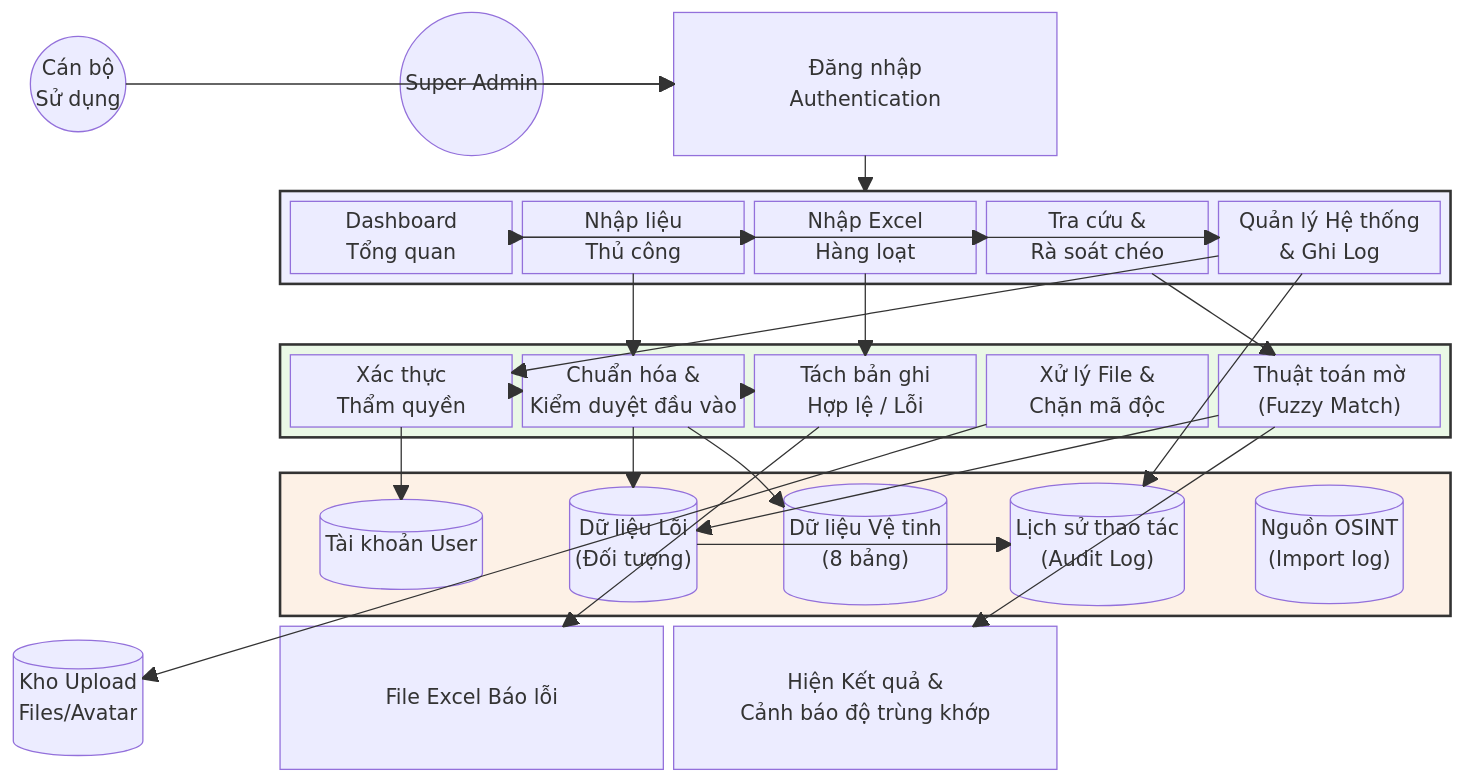
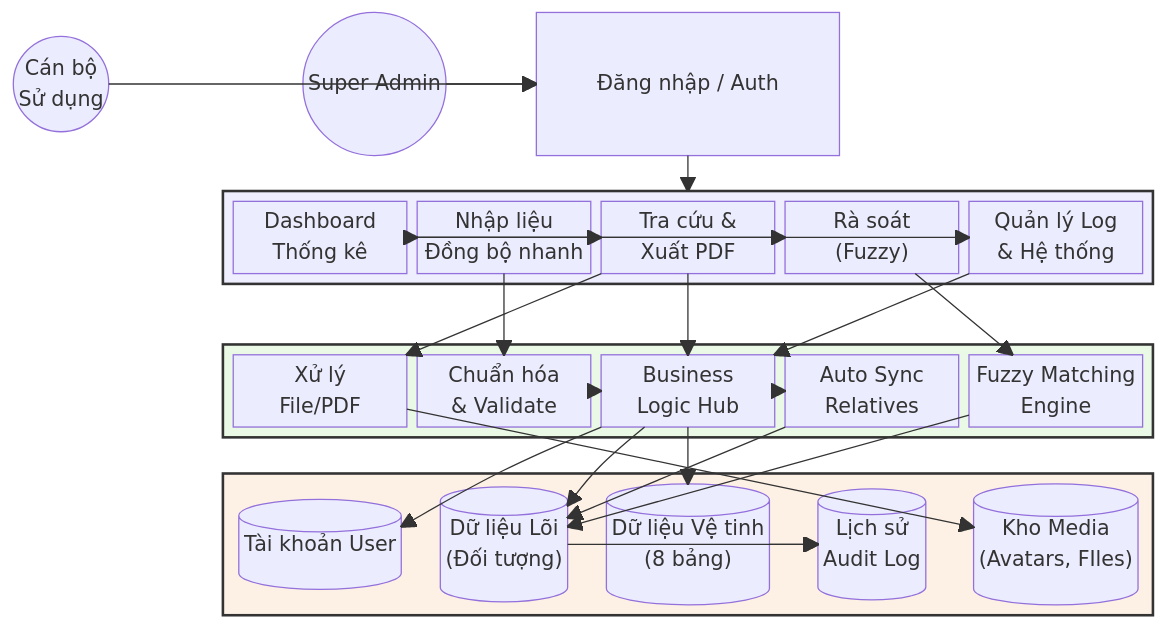
One commit to vi-phuong-158/csxh-pa01-v1 changed the diagram in Mo_ta_chi_tiet_PA01.md. Above: the diagram before and after it, drawn with Mermaid. The commit also changed other lines of this file and 8 other files, not shown here.

````diff
--- a/Mo_ta_chi_tiet_PA01.md
+++ b/Mo_ta_chi_tiet_PA01.md
@@ -82,82 +79,70 @@
 ```mermaid
 block-beta
   columns 3
 
-  %% Hàng 1: Người dùng và Giao diện
   User(("Cán bộ\nSử dụng"))
   Admin(("Super Admin"))
-  Login["Đăng nhập\nAuthentication"]
+  Login["Đăng nhập / Auth"]
   User --> Login
   Admin --> Login
   
-  %% Row 2: Khối chức năng Frontend
   space
   block:Frontend:3
     columns 5
-    Dash["Dashboard\nTổng quan"]
-    InputM["Nhập liệu\nThủ công"]
-    InputE["Nhập Excel\nHàng loạt"]
-    Search["Tra cứu &\nRà soát chéo"]
-    SysAdmin["Quản lý Hệ thống\n& Ghi Log"]
+    Dash["Dashboard\nThống kê"]
+    Input["Nhập liệu\nĐồng bộ nhanh"]
+    Search["Tra cứu &\nXuất PDF"]
+    FuzzyFind["Rà soát\n(Fuzzy)"]
+    SysAdmin["Quản lý Log\n& Hệ thống"]
     
-    Dash --> InputM
-    Dash --> InputE
+    Dash --> Input
     Dash --> Search
+    Dash --> FuzzyFind
     Dash --> SysAdmin
   end
 
-  %% Liên kết từ Login xuống Frontend
   Login --> Frontend
 
-  %% Row 3: Logic Xử lý Backend
   space
   block:Backend:3
     columns 5
-    Auth["Xác thực\nThẩm quyền"]
-    Valid["Chuẩn hóa &\nKiểm duyệt đầu vào"]
-    Parser["Tách bản ghi\nHợp lệ / Lỗi"]
-    FileProcess["Xử lý File &\nChặn mã độc"]
-    Fuzzy["Thuật toán mờ\n(Fuzzy Match)"]
+    FileProc["Xử lý\nFile/PDF"]
+    Valid["Chuẩn hóa\n& Validate"]
+    LogicEngine["Business\nLogic Hub"]
+    SyncCore["Auto Sync\nRelatives"]
+    FuzzyCore["Fuzzy Matching\nEngine"]
 
-    Auth --> Valid
-    Parser --> Valid
+    Valid --> LogicEngine
+    LogicEngine --> SyncCore
   end
 
-  %% Liên kết Frontend xuống Backend
-  InputM --> Valid
-  InputE --> Parser
-  Search --> Fuzzy
-  SysAdmin --> Auth
+  Input --> Valid
+  Search --> LogicEngine
+  Search --> FileProc
+  FuzzyFind --> FuzzyCore
+  SysAdmin --> LogicEngine
 
-  %% Row 4: Cơ sở dữ liệu SQLite
   space
   block:Database:3
     columns 5
     DBUser[("Tài khoản User")]
     DBMain[("Dữ liệu Lõi\n(Đối tượng)")]
     DBSatellite[("Dữ liệu Vệ tinh\n(8 bảng)")]
-    DBAudit[("Lịch sử thao tác\n(Audit Log)")]
-    DBSource[("Nguồn OSINT\n(Import log)")]
+    DBAudit[("Lịch sử\nAudit Log")]
+    DBFiles[("Kho Media\n(Avatars, FIles)")]
   end
 
-  %% Tương tác Backend - Database
-  Auth --> DBUser
-  Valid --> DBMain
-  Valid --> DBSatellite
-  FileProcess --> Storage[("Kho Upload\nFiles/Avatar")]
-  Fuzzy --> DBMain
+  LogicEngine --> DBMain
+  LogicEngine --> DBSatellite
+  SyncCore --> DBMain
+  FileProc --> DBFiles
+  FuzzyCore --> DBMain
 
-  %% Luồng kích hoạt Audit (Nhật ký)
   DBMain --> DBAudit
   DBSatellite --> DBAudit
-  SysAdmin --> DBAudit
+  LogicEngine --> DBUser
 
-  %% Xử lý kết quả phản hồi lên Frontend
-  Parser --> FileError["File Excel Báo lỗi"]
-  Fuzzy --> Res["Hiện Kết quả &\nCảnh báo độ trùng khớp"]
-
-  %% Định dạng màu sắc sơ đồ (Styling tùy chọn)
   style Frontend fill:#eef,stroke:#333,stroke-width:2px;
   style Backend fill:#eaf8e6,stroke:#333,stroke-width:2px;
   style Database fill:#fdf1e6,stroke:#333,stroke-width:2px;
 ```
````
